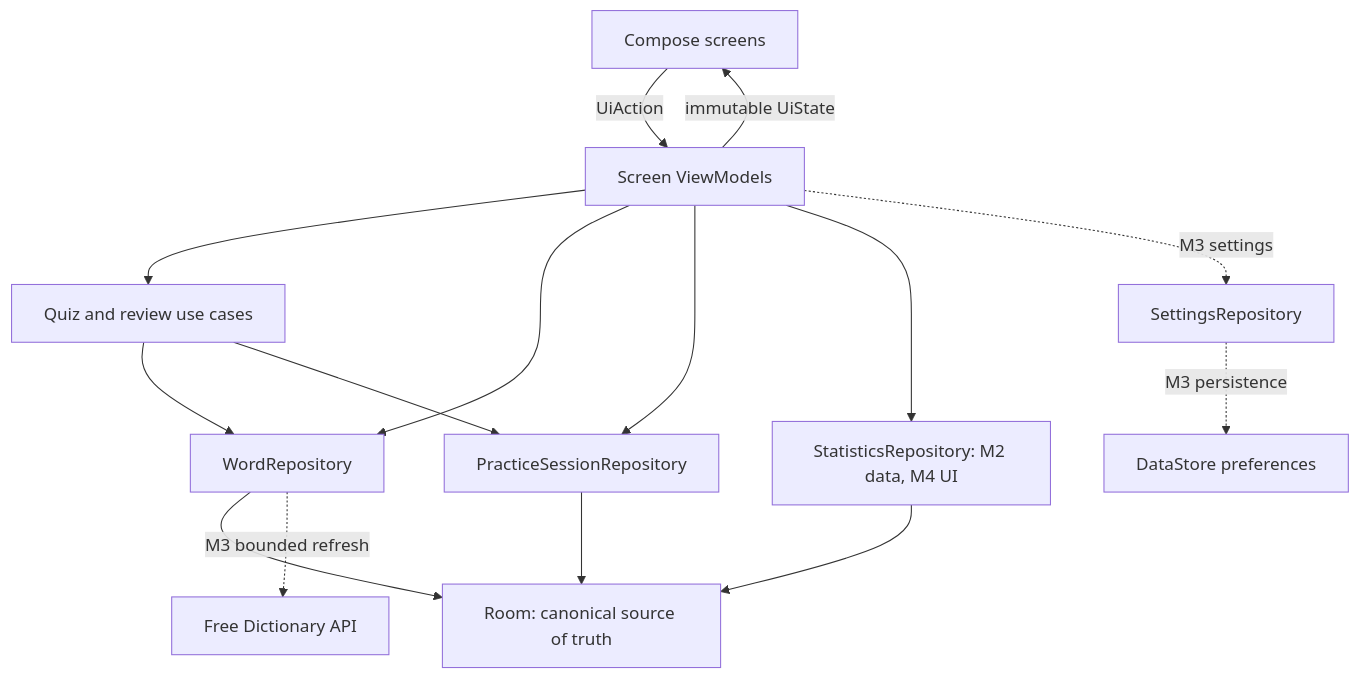
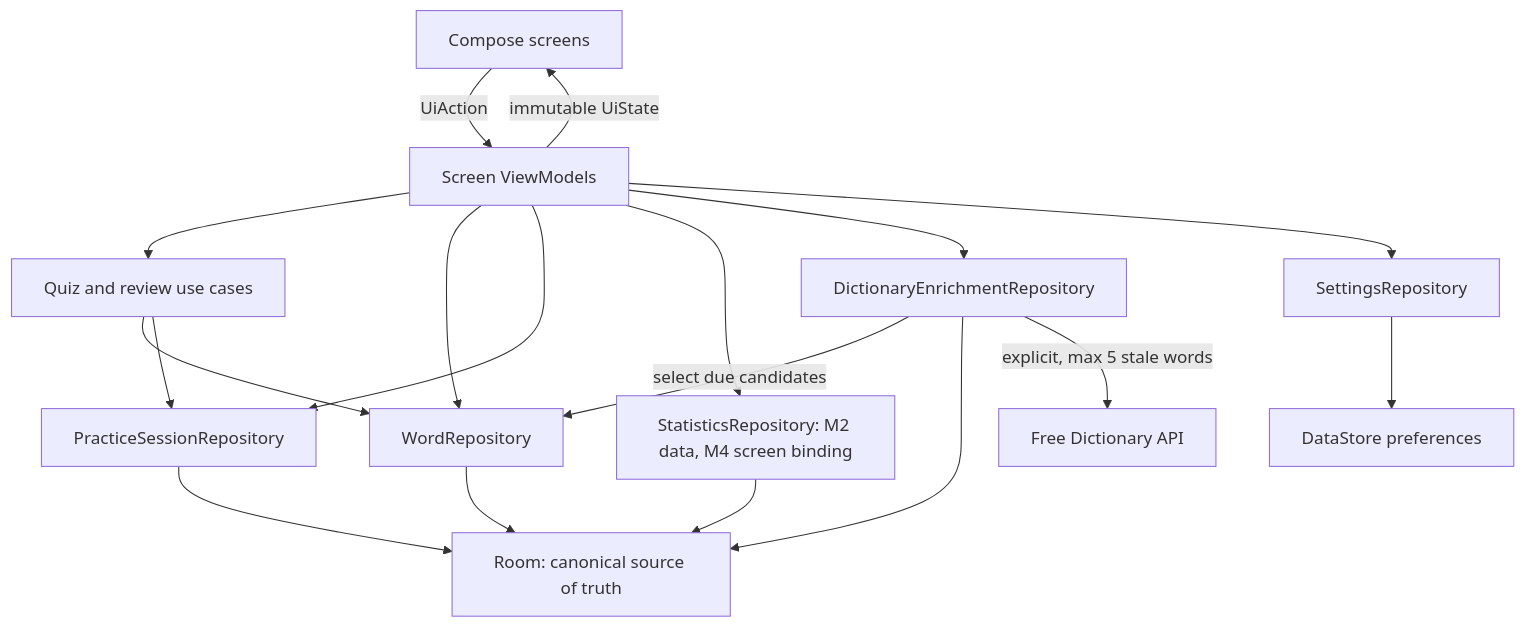
The diagram in README.md (Cailiangzhe/CP3406_Educational_app), drawn with Mermaid before and after one commit. The commit also changed other lines of this file and 51 other files, not shown here.

Commit message:
feat(m3): complete API enrichment and offline persistence

````diff
--- a/README.md
+++ b/README.md
@@ -120,17 +125,20 @@
 ```mermaid
 flowchart TD
     UI["Compose screens"] -- "UiAction" --> VM["Screen ViewModels"]
     VM -- "immutable UiState" --> UI
     VM --> UC["Quiz and review use cases"]
     VM --> WR["WordRepository"]
     VM --> PSR["PracticeSessionRepository"]
-    VM --> STAT["StatisticsRepository: M2 data, M4 UI"]
+    VM --> STAT["StatisticsRepository: M2 data, M4 screen binding"]
+    VM --> DER["DictionaryEnrichmentRepository"]
+    VM --> SR["SettingsRepository"]
     UC --> WR
     UC --> PSR
     WR --> DB["Room: canonical source of truth"]
     PSR --> DB
     STAT --> DB
-    WR -. "M3 bounded refresh" .-> API["Free Dictionary API"]
-    VM -. "M3 settings" .-> SR["SettingsRepository"]
-    SR -. "M3 persistence" .-> SETTINGS["DataStore preferences"]
+    DER -- "select due candidates" --> WR
+    DER --> DB
+    DER -- "explicit, max 5 stale words" --> API["Free Dictionary API"]
+    SR --> SETTINGS["DataStore preferences"]
 ```
````
